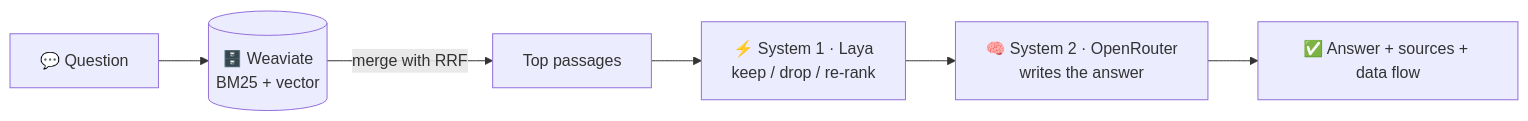
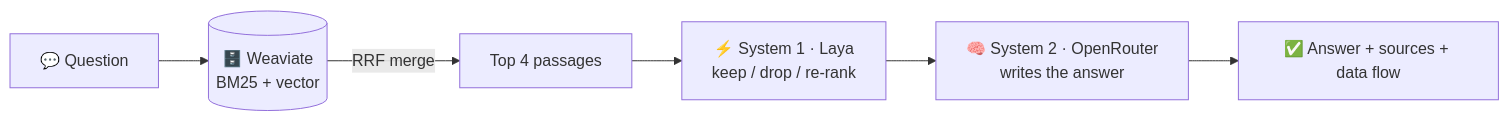
Before and after one commit to letrthang/spring-ai-with-hybrid-search-and-system-one-typesafe-jev: the diagram in README.md, drawn with Mermaid. The commit also changed other lines of this file and 21 other files, not shown here.

First line of the commit message:
feat: local config defaults, code-flow logs, concise README, header with logos and ocean-wave border (#34)

````diff
--- a/README.md
+++ b/README.md
@@ -7,8 +33,8 @@
 ```mermaid
 flowchart LR
     Q[💬 Question] --> W[(🗄️ Weaviate<br/>BM25 + vector)]
-    W -->|merge with RRF| P[Top passages]
+    W -->|RRF merge| P[Top 4 passages]
     P --> S1[⚡ System 1 · Laya<br/>keep / drop / re-rank]
     S1 --> S2[🧠 System 2 · OpenRouter<br/>writes the answer]
     S2 --> A[✅ Answer + sources + data flow]
 ```
````
